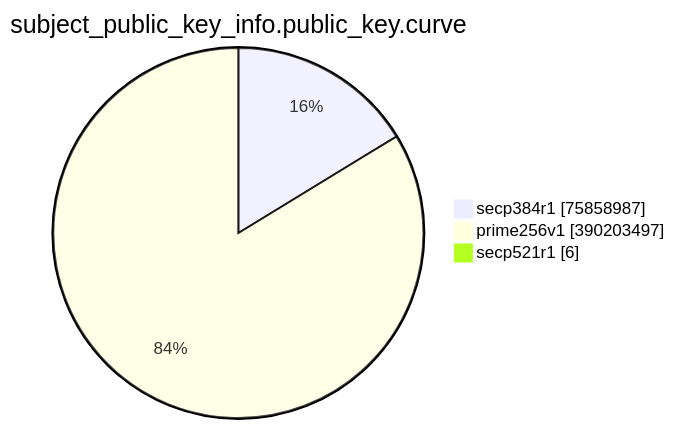
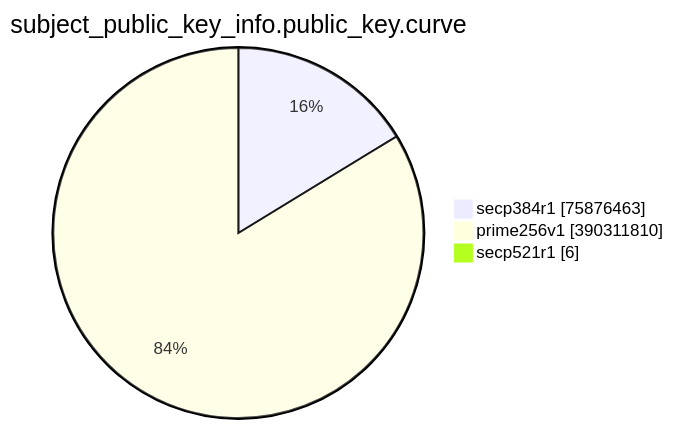
Before and after one commit to christiankrug/ctmonitor_visualization: the eighth of 15 diagrams in TOTAL/README.md, drawn with Mermaid. The commit also changed other lines of this file, not shown here.

````diff
--- a/TOTAL/README.md
+++ b/TOTAL/README.md
@@ -3094,7 +3094,7 @@
 ```mermaid
 pie showData
 title subject_public_key_info.public_key.curve
-"secp384r1" :75858987
-"prime256v1" :390203497
+"secp384r1" :75876463
+"prime256v1" :390311810
 "secp521r1" :6
 ```
````
